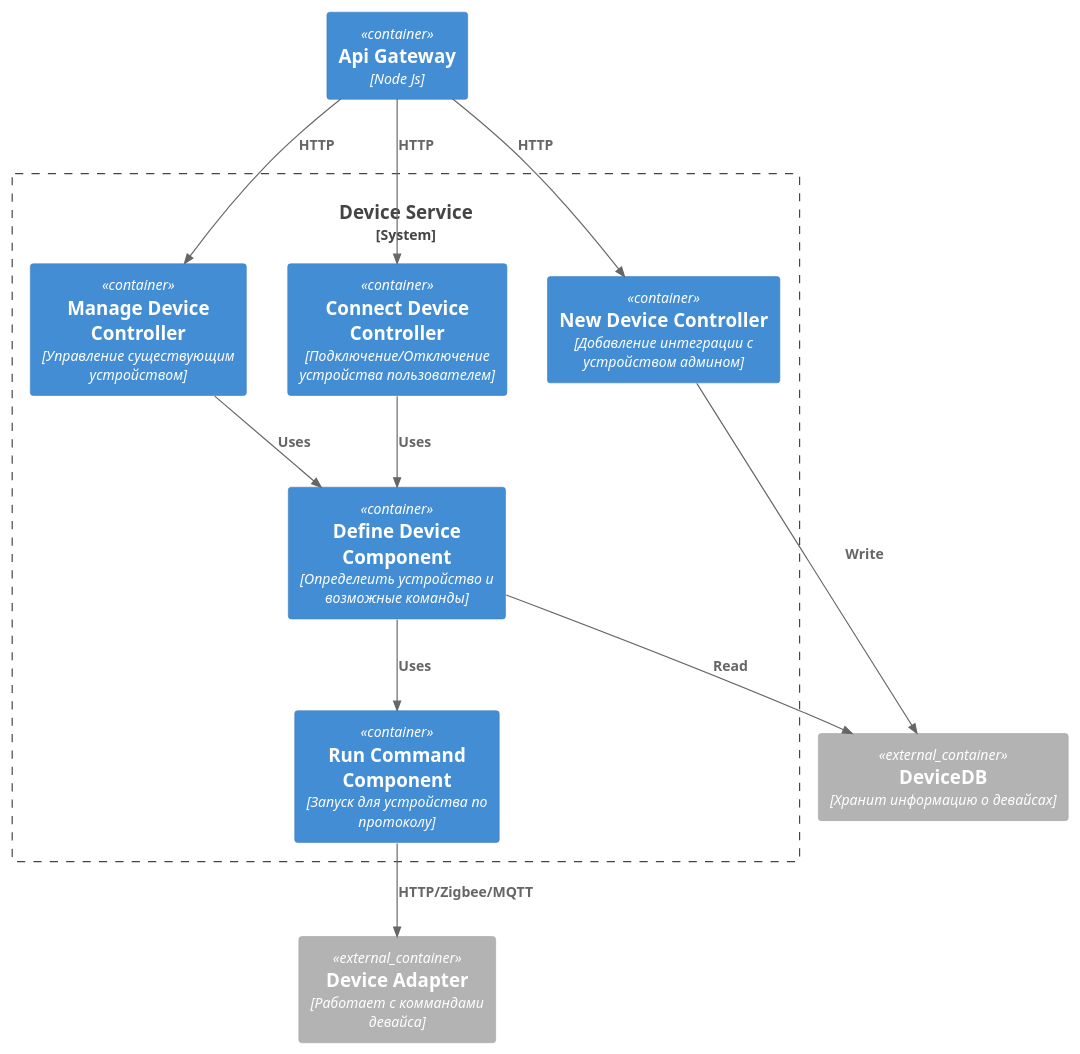
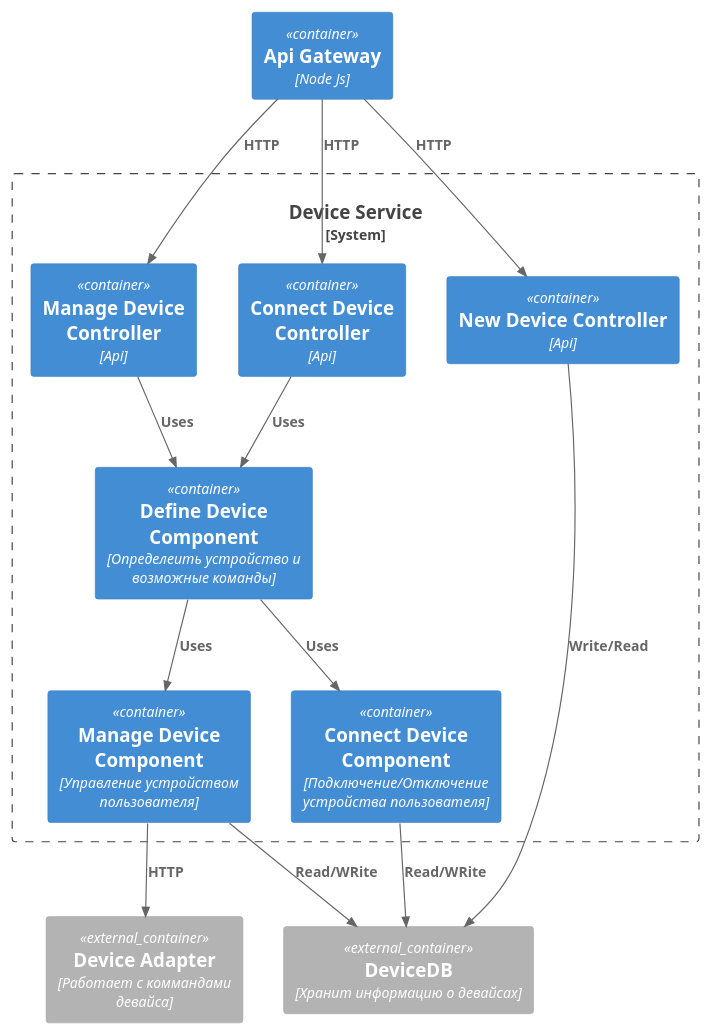
The diagram in schemas/C3_DeviceService.puml (alexmented/architecture-pro-warmhouse), drawn with PlantUML before and after one commit. The commit also changed 7 other files, not shown here.

```diff
--- a/schemas/C3_DeviceService.puml
+++ b/schemas/C3_DeviceService.puml
@@ -1,32 +1,35 @@
 @startuml
 !include https://raw.githubusercontent.com/plantuml-stdlib/C4-PlantUML/master/C4_Container.puml
 
 Container(gateway, "Api Gateway", "Node Js")
 
 
 System_Boundary(serviceBoundary, "Device Service") {
-    Container(manageDeviceController, "Manage Device Controller", "Управление существующим устройством")
-    Container(connectDeviceController, "Connect Device Controller", "Подключение/Отключение устройства пользователем")
-    Container(newDeviceController, "New Device Controller", "Добавление интеграции с устройством админом")
+    Container(manageDeviceController, "Manage Device Controller", "Api")
+    Container(connectDeviceController, "Connect Device Controller", "Api")
+    Container(newDeviceController, "New Device Controller", "Api")
 
 
-    Container(runCommandComponent, "Run Command Component", "Запуск для устройства по протоколу")
     Container(defineDeviceComponent, "Define Device Component", "Определеить устройство и возможные команды")
+    Container(manageDeviceComponent, "Manage Device Component", "Управление устройством пользователя")
+    Container(connectDeviceComponent, "Connect Device Component", "Подключение/Отключение устройства пользователя")
 }
     Container_Ext(adapterDevice, "Device Adapter", "Работает с коммандами девайса")
     Container_Ext(db, "DeviceDB", "Хранит информацию о девайсах")
 
 
 Rel(gateway, manageDeviceController, "HTTP")
 Rel(gateway, connectDeviceController, "HTTP")
 Rel(manageDeviceController, defineDeviceComponent, "Uses")
 Rel(connectDeviceController, defineDeviceComponent, "Uses")
-Rel(defineDeviceComponent, runCommandComponent, "Uses")
-Rel(defineDeviceComponent, db, "Read")
-Rel(runCommandComponent, adapterDevice, "HTTP/Zigbee/MQTT")
+Rel(defineDeviceComponent, manageDeviceComponent, "Uses")
+Rel(defineDeviceComponent, connectDeviceComponent, "Uses")
+Rel(manageDeviceComponent, adapterDevice, "HTTP")
+Rel(manageDeviceComponent, db, "Read/WRite")
+Rel(connectDeviceComponent, db, "Read/WRite")
 Rel(gateway, newDeviceController, "HTTP")
-Rel(newDeviceController, db, "Write")
+Rel(newDeviceController, db, "Write/Read")
 
 
 
 @enduml
```
